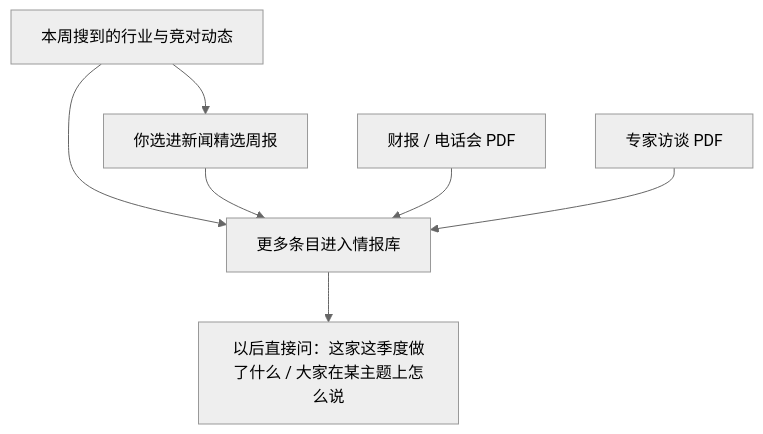
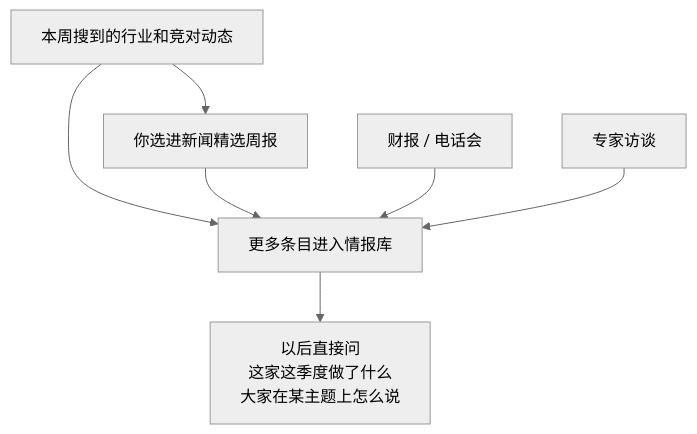
Before and after one commit to ZEYICHEN-md/ir-workbench: the fourth of 7 diagrams in docs/HANDOVER.md, drawn with Mermaid (neutral theme). The commit also changed other lines of this file, not shown here.

First line of the commit message:
Restore the handover's chapter skeleton and architecture diagrams, and rewrite the prose in plain Chinese.

````diff
--- a/docs/HANDOVER.md
+++ b/docs/HANDOVER.md
@@ -62,9 +158,9 @@
 ```mermaid
 flowchart TD
-    N[本周搜到的行业与竞对动态] --> S[你选进新闻精选周报]
-    N --> I[更多条目进入情报库]
+    N["本周搜到的行业和竞对动态"] --> S["你选进新闻精选周报"]
+    N --> I["更多条目进入情报库"]
     S --> I
-    X[财报 / 电话会 PDF] --> I
-    E[专家访谈 PDF] --> I
-    I --> Q[以后直接问：这家这季度做了什么 / 大家在某主题上怎么说]
+    X["财报 / 电话会"] --> I
+    E["专家访谈"] --> I
+    I --> Q["以后直接问<br>这家这季度做了什么<br>大家在某主题上怎么说"]
 ```
````
